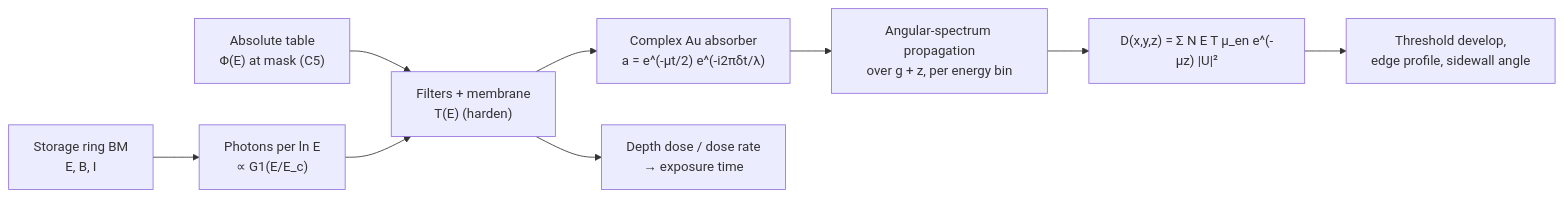
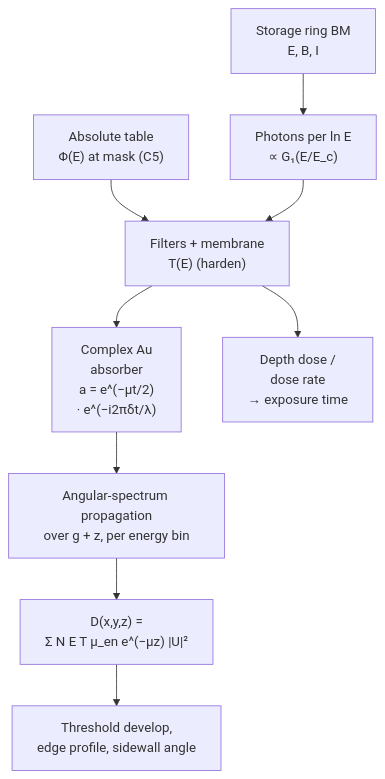
One commit to sonoransun/highuvlith changed the diagram in docs/processes/liga-deep-xray.md. Above: the diagram before and after it, drawn with Mermaid. The commit also changed other lines of this file and 615 other files, not shown here.

````diff
--- a/docs/processes/liga-deep-xray.md
+++ b/docs/processes/liga-deep-xray.md
@@ -13,11 +57,11 @@
 ```mermaid
-flowchart LR
-    A["Storage ring BM<br/>E, B, I"] --> B["Photons per ln E<br/>∝ G1(E/E_c)"]
+flowchart TD
+    A["Storage ring BM<br/>E, B, I"] --> B["Photons per ln E<br/>∝ G₁(E/E_c)"]
     T["Absolute table<br/>Φ(E) at mask (C5)"] --> C
     B --> C["Filters + membrane<br/>T(E) (harden)"]
-    C --> D["Complex Au absorber<br/>a = e^(-μt/2) e^(-i2πδt/λ)"]
+    C --> D["Complex Au<br/>absorber<br/>a = e^(−μt/2)<br/>· e^(−i2πδt/λ)"]
     D --> F["Angular-spectrum propagation<br/>over g + z, per energy bin"]
-    F --> G["D(x,y,z) = Σ N E T μ_en e^(-μz) |U|²"]
-    C --> H["Depth dose / dose rate<br/>→ exposure time"]
+    F --> G["D(x,y,z) =<br/>Σ N E T μ_en e^(−μz) |U|²"]
+    C --> H["Depth dose /<br/>dose rate<br/>→ exposure time"]
     G --> I["Threshold develop,<br/>edge profile, sidewall angle"]
 ```
````
